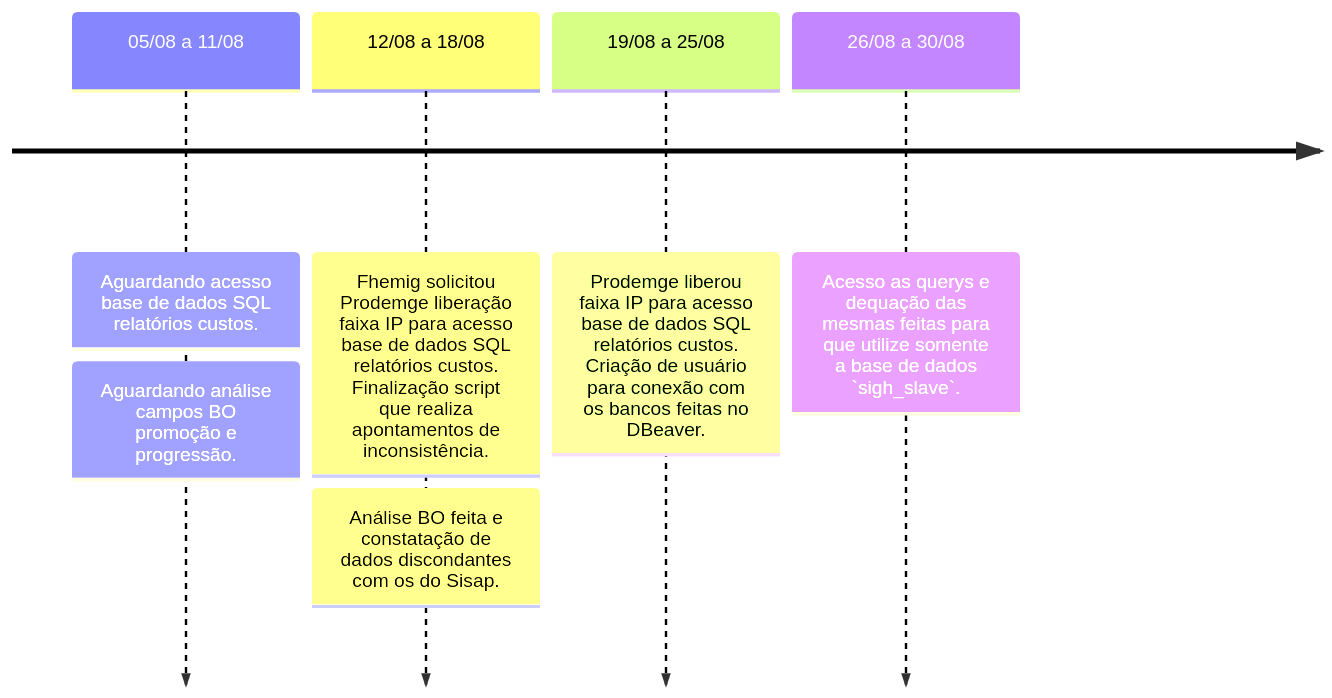
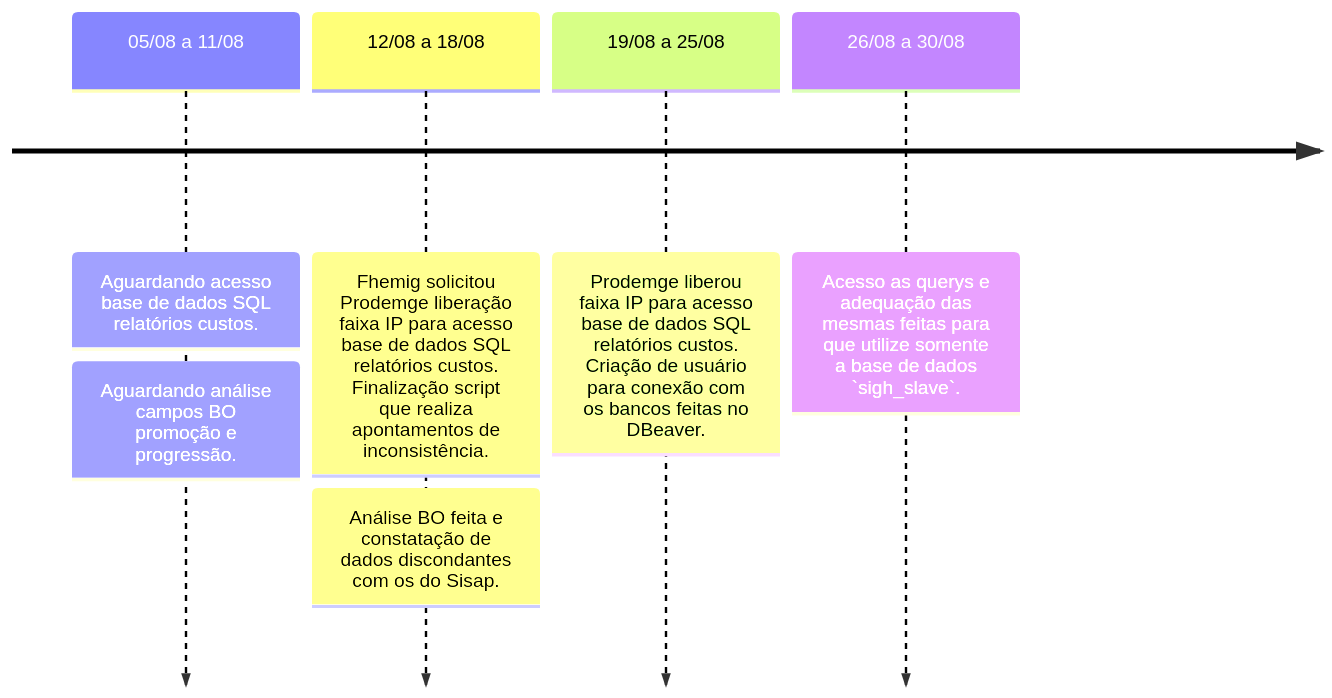
One commit to automatiza-mg/handbook changed the second of 2 diagrams in docs/linha_do_tempo/projeto_fhemig.md. Above: the diagram before and after it, drawn with Mermaid.

Commit message:
Add 26/08 a 30/08 projeto_fhemig.md

````diff
--- a/docs/linha_do_tempo/projeto_fhemig.md
+++ b/docs/linha_do_tempo/projeto_fhemig.md
@@ -29,9 +29,9 @@
     ```mermaid
     timeline
         05/08 a 11/08 : Aguardando acesso base de dados SQL relatórios custos.
                       : Aguardando análise campos BO promoção e progressão.
         12/08 a 18/08 : Fhemig solicitou Prodemge liberação faixa IP para acesso base de dados SQL relatórios custos. Finalização script que realiza apontamentos de inconsistência.
                       : Análise BO feita e constatação de dados discondantes com os do Sisap.
         19/08 a 25/08 : Prodemge liberou faixa IP para acesso base de dados SQL relatórios custos. Criação de usuário para conexão com os bancos feitas no DBeaver.
-        26/08 a 30/08 : Acesso as querys e dequação das mesmas feitas para que utilize somente a base de dados `sigh_slave`.
+        26/08 a 30/08 : Acesso as querys e adequação das mesmas feitas para que utilize somente a base de dados `sigh_slave`.
     ```
````
